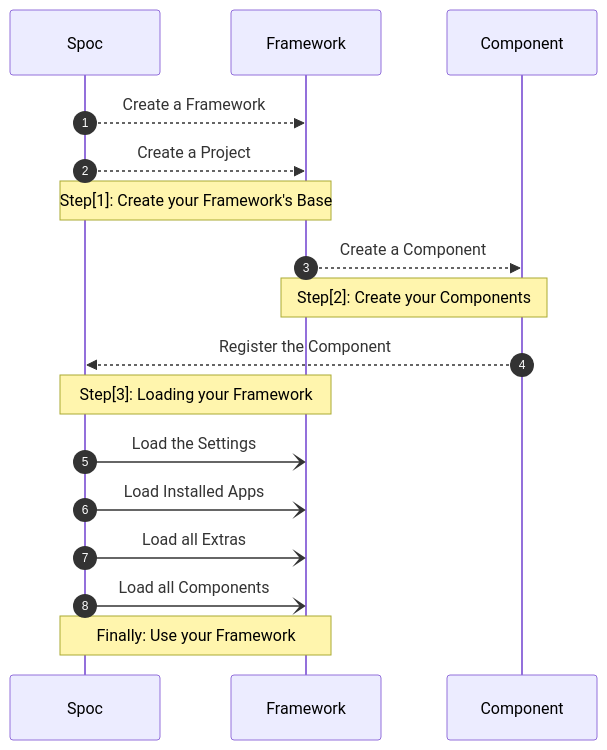
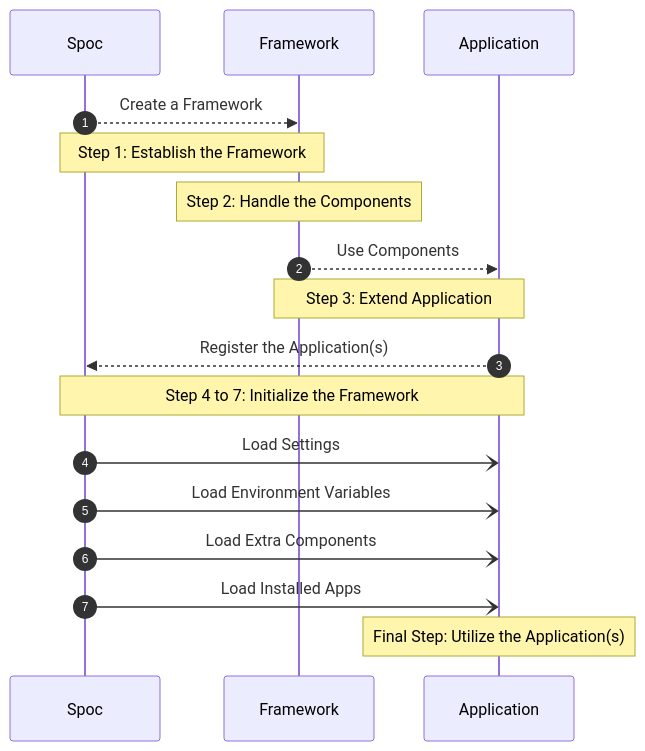
The diagram in docs/docs/index.md (hlop3z/spoc), drawn with Mermaid before and after one commit. The commit also changed other lines of this file and 19 other files, not shown here.

````diff
--- a/docs/docs/index.md
+++ b/docs/docs/index.md
@@ -43,16 +32,21 @@
 ```mermaid
 sequenceDiagram
 autonumber
     Spoc -->> Framework: Create a Framework
-    Spoc -->> Framework: Create a Project
-    Note over Spoc,Framework: Step[1]: Create your Framework's Base
-    Framework -->> Component: Create a Component
-    Note over Component,Framework: Step[2]: Create your Components
-    Component -->> Spoc: Register the Component
-    Note over Spoc,Framework: Step[3]: Loading your Framework
-    Spoc -) Framework: Load the Settings
-    Spoc -) Framework: Load Installed Apps
-    Spoc -) Framework: Load all Extras
-    Spoc -) Framework: Load all Components
-    Note over Spoc,Framework: Finally: Use your Framework
+    Note over Spoc,Framework: Step 1: Establish the Framework
+
+    Note over Framework,Framework: Step 2: Handle the Components
+
+    Framework -->> Application: Use Components
+    Note over Framework,Application: Step 3: Extend Application
+
+    Application -->> Spoc: Register the Application(s)
+    Note over Spoc,Application: Step 4 to 7: Initialize the Framework
+
+    Spoc -) Application: Load Settings
+    Spoc -) Application: Load Environment Variables
+    Spoc -) Application: Load Extra Components
+    Spoc -) Application: Load Installed Apps
+
+    Note over Application: Final Step: Utilize the Application(s)
 ```
````
